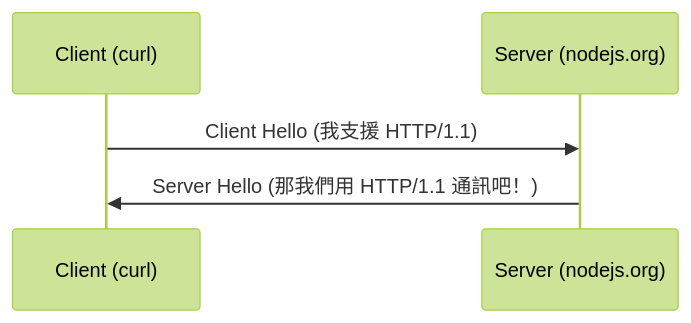
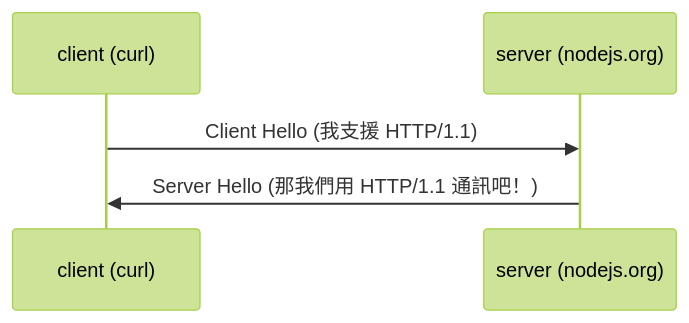
Before and after one commit to samuel871211/yusheng-tech-blog: the second of 2 diagrams in docs/http/http-version-negotiation.md, drawn with Mermaid (forest theme). The commit also changed other lines of this file and 1 other file, not shown here.

Commit message:
http-version-negotiation add mermaid svg

````diff
--- a/docs/http/http-version-negotiation.md
+++ b/docs/http/http-version-negotiation.md
@@ -141,8 +141,8 @@
 ```mermaid
 sequenceDiagram
-  participant c as Client (curl)
-  participant s as Server (nodejs.org)
+  participant c as client (curl)
+  participant s as server (nodejs.org)
 
   c ->> s: Client Hello (我支援 HTTP/1.1)
   s ->> c: Server Hello (那我們用 HTTP/1.1 通訊吧！)
 ```
````
